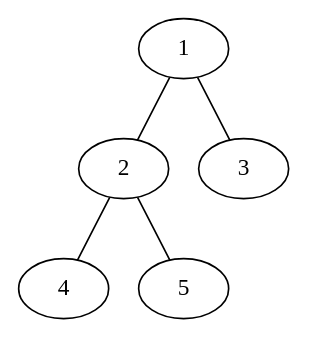
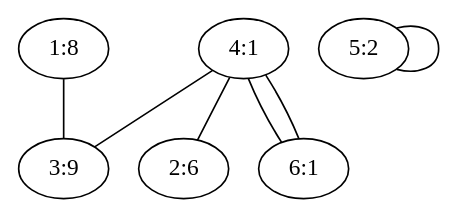
The diagram in src/main.dot (tamura2004/atcoder), drawn with Graphviz before and after one commit. The commit also changed 3 other files, not shown here.

```diff
--- a/src/main.dot
+++ b/src/main.dot
@@ -1,6 +1,8 @@
 graph sample {
-  1 -- 2;
-  1 -- 3;
-  2 -- 4;
-  2 -- 5;
+  "1:8" -- "3:9";
+  "4:1" -- "2:6";
+  "4:1" -- "3:9";
+  "4:1" -- "6:1";
+  "4:1" -- "6:1";
+  "5:2" -- "5:2";
 }
```
